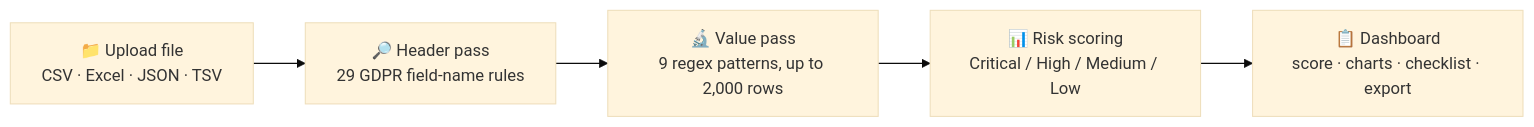
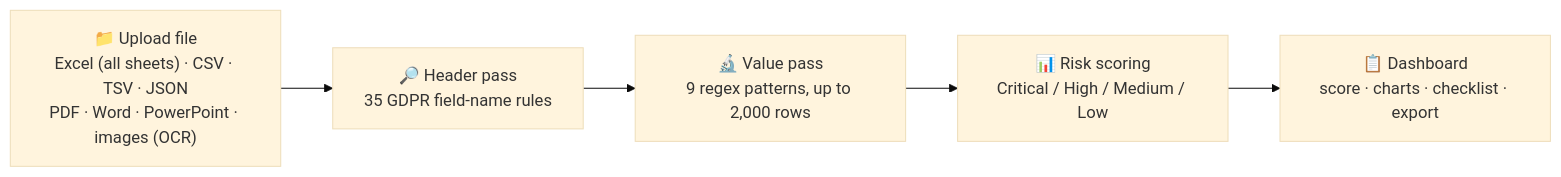
Before and after one commit to Jeevan-0508/gdpr-compliance-scanner: the diagram in README.md, drawn with Mermaid (base theme). The commit also changed other lines of this file and 2 other files, not shown here.

First line of the commit message:
Scan every sheet, add Art.10/Retention rules, accept 25 formats

````diff
--- a/README.md
+++ b/README.md
@@ -32,12 +32,13 @@
 ```mermaid
 flowchart LR
     A["📁 Upload file
-CSV · Excel · JSON · TSV"] --> B["🔎 Header pass
-29 GDPR field-name rules"]
+Excel (all sheets) · CSV · TSV · JSON
+PDF · Word · PowerPoint · images (OCR)"] --> B["🔎 Header pass
+35 GDPR field-name rules"]
     B --> C["🔬 Value pass
 9 regex patterns, up to 2,000 rows"]
     C --> D["📊 Risk scoring
 Critical / High / Medium / Low"]
     D --> E["📋 Dashboard
 score · charts · checklist · export"]
 ```
````
